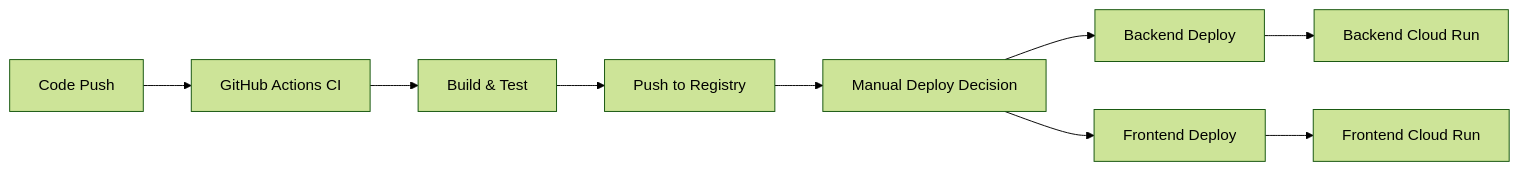
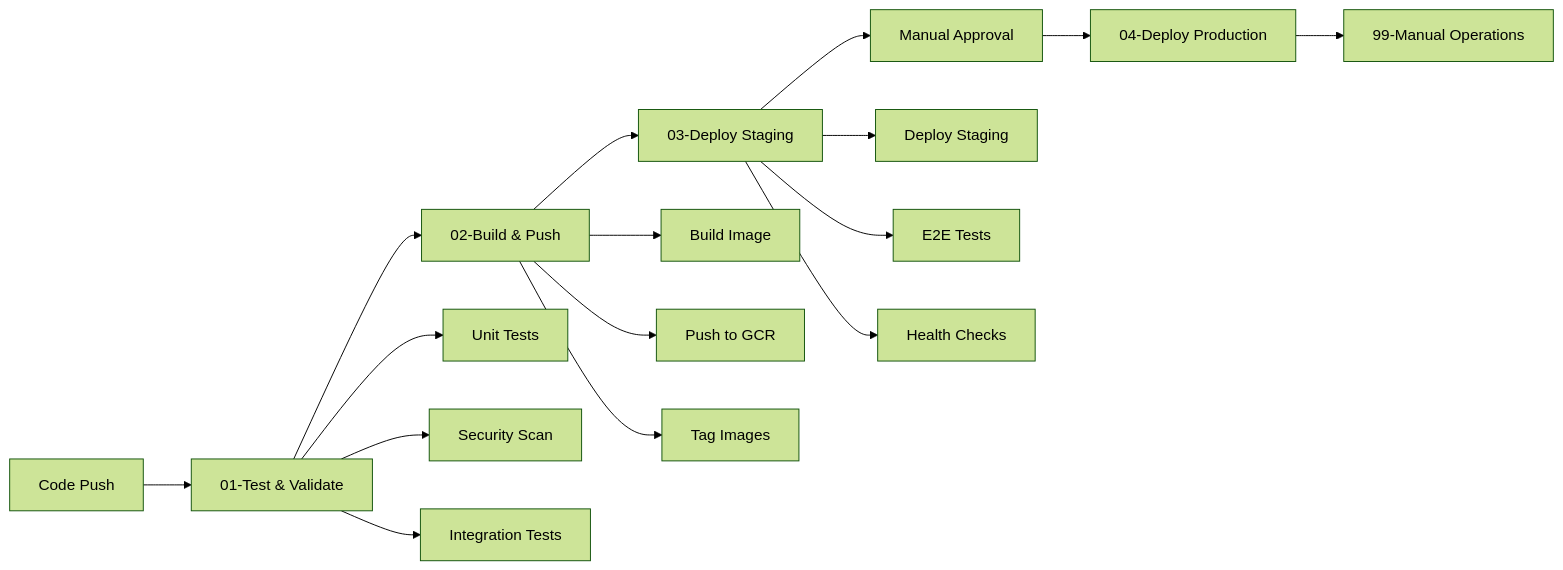
Before and after one commit to avni-salhotra/econome: the second of 2 diagrams in README.md, drawn with Mermaid (forest theme). The commit also changed other lines of this file and 26 other files, not shown here.

````diff
--- a/README.md
+++ b/README.md
@@ -67,11 +70,21 @@
 ```mermaid
 graph LR
-    A[Code Push] --> B[GitHub Actions CI]
-    B --> C[Build & Test]
-    C --> D[Push to Registry]
-    D --> E[Manual Deploy Decision]
-    E --> F[Backend Deploy]
-    E --> G[Frontend Deploy]
-    F --> H[Backend Cloud Run]
-    G --> I[Frontend Cloud Run]
+    A[Code Push] --> B[01-Test & Validate]
+    B --> C[02-Build & Push]
+    C --> D[03-Deploy Staging]
+    D --> E[Manual Approval]
+    E --> F[04-Deploy Production]
+    F --> G[99-Manual Operations]
+
+    B --> B1[Unit Tests]
+    B --> B2[Security Scan]
+    B --> B3[Integration Tests]
+
+    C --> C1[Build Image]
+    C --> C2[Push to GCR]
+    C --> C3[Tag Images]
+
+    D --> D1[Deploy Staging]
+    D --> D2[E2E Tests]
+    D --> D3[Health Checks]
 ```
````
